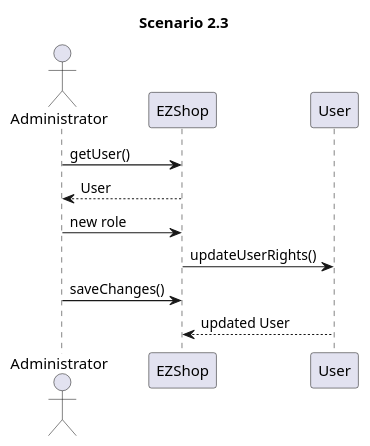
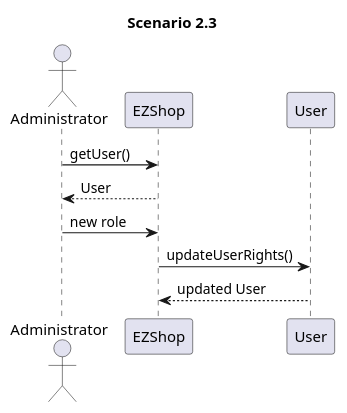
Before and after one commit to marco-ballario/EzShop: the fourth of 8 diagrams in Deliverables/DesignDocument.md, drawn with PlantUML. The commit also changed other lines of this file, not shown here.

Commit message:
docs: remove saveChanges() method

````diff
--- a/Deliverables/DesignDocument.md
+++ b/Deliverables/DesignDocument.md
@@ -272,10 +271,9 @@
 ```plantuml
 title Scenario 2.3
 actor Administrator
 Administrator-> EZShop : getUser()
 EZShop --> Administrator: User
 Administrator -> EZShop : new role
 EZShop -> User: updateUserRights()
-Administrator-> EZShop : saveChanges()
 User--> EZShop : updated User
 ```
````
